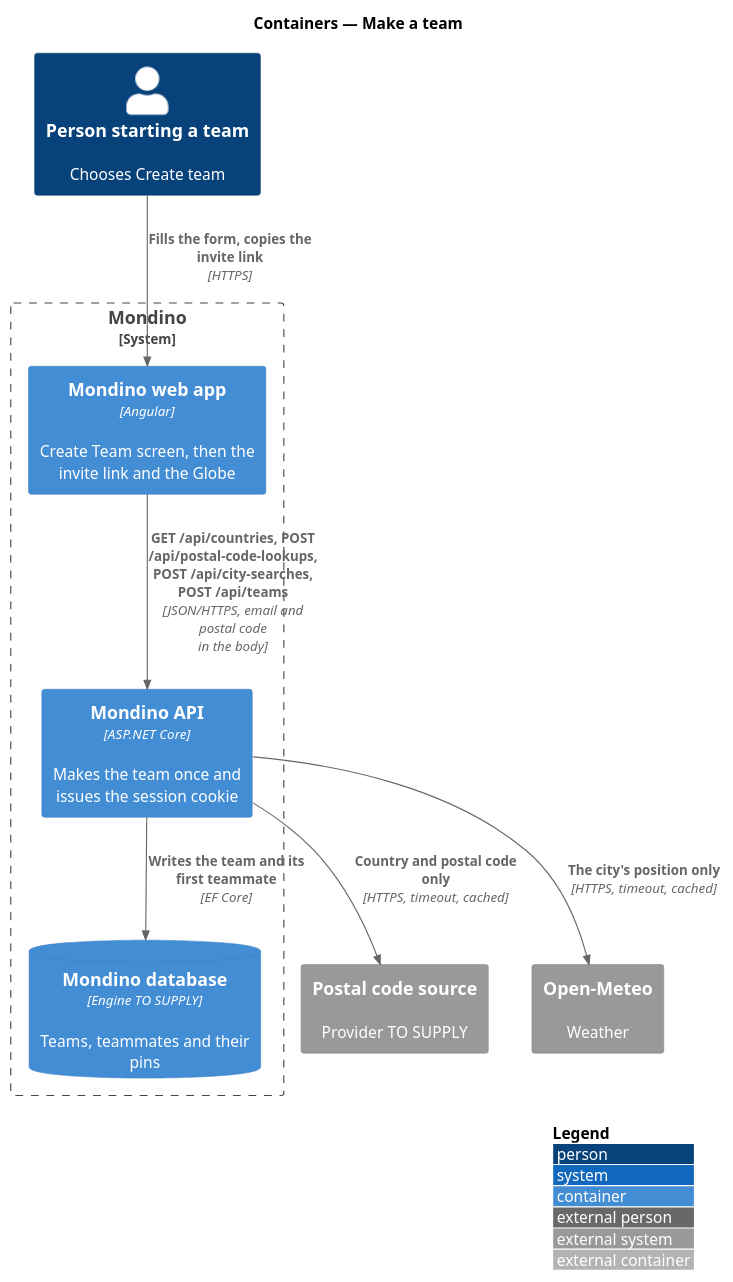
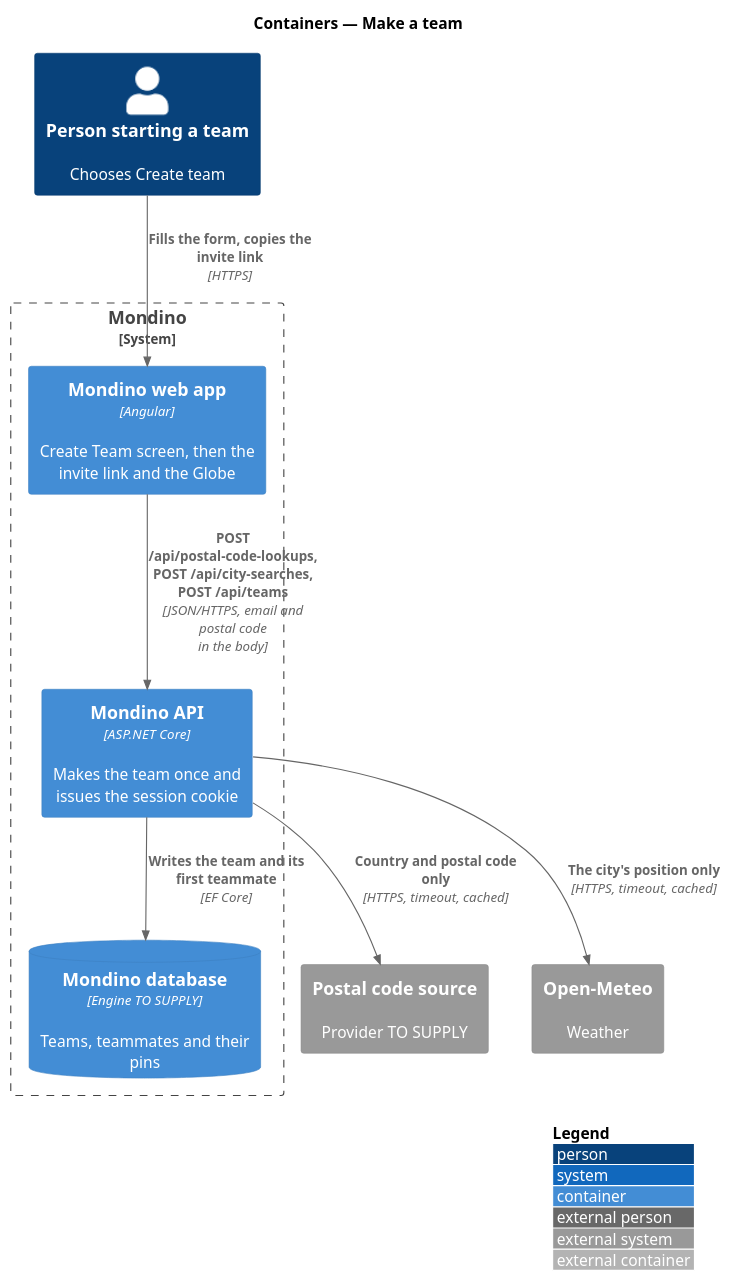
One commit to QuinntyneBrown/Mondino changed the diagram in docs/detailed-designs/joining/make-team/diagrams/c4-container.puml. Above: the diagram before and after it, drawn with PlantUML. The commit also changed 31 other files, not shown here.

```diff
--- a/docs/detailed-designs/joining/make-team/diagrams/c4-container.puml
+++ b/docs/detailed-designs/joining/make-team/diagrams/c4-container.puml
@@ -1,20 +1,20 @@
 @startuml
 !include <C4/C4_Container>
 LAYOUT_WITH_LEGEND()
 title Containers — Make a team
 
 Person(person, "Person starting a team", "Chooses Create team")
 System_Boundary(mondino, "Mondino") {
   Container(web, "Mondino web app", "Angular", "Create Team screen, then the invite link and the Globe")
   Container(api, "Mondino API", "ASP.NET Core", "Makes the team once and issues the session cookie")
   ContainerDb(db, "Mondino database", "Engine TO SUPPLY", "Teams, teammates and their pins")
 }
 System_Ext(postal, "Postal code source", "Provider TO SUPPLY")
 System_Ext(weather, "Open-Meteo", "Weather")
 
 Rel(person, web, "Fills the form, copies the invite link", "HTTPS")
-Rel(web, api, "GET /api/countries, POST /api/postal-code-lookups, POST /api/city-searches, POST /api/teams", "JSON/HTTPS, email and postal code in the body")
+Rel(web, api, "POST /api/postal-code-lookups, POST /api/city-searches, POST /api/teams", "JSON/HTTPS, email and postal code in the body")
 Rel(api, db, "Writes the team and its first teammate", "EF Core")
 Rel(api, postal, "Country and postal code only", "HTTPS, timeout, cached")
 Rel(api, weather, "The city's position only", "HTTPS, timeout, cached")
 @enduml
```
